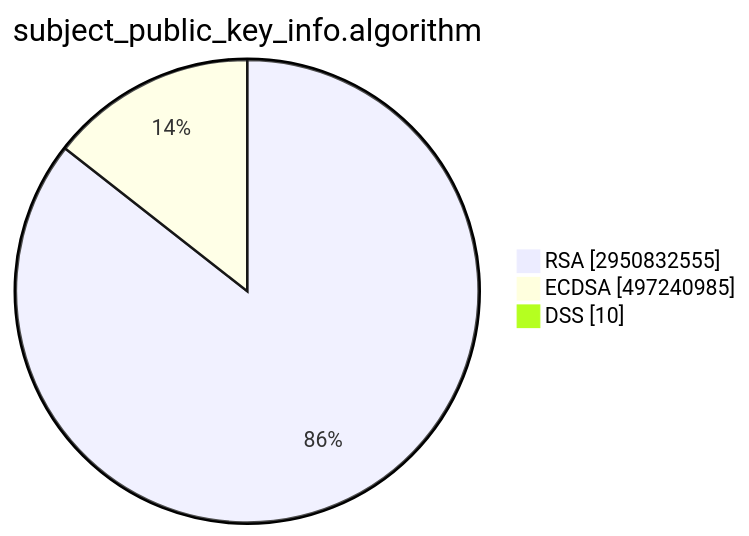
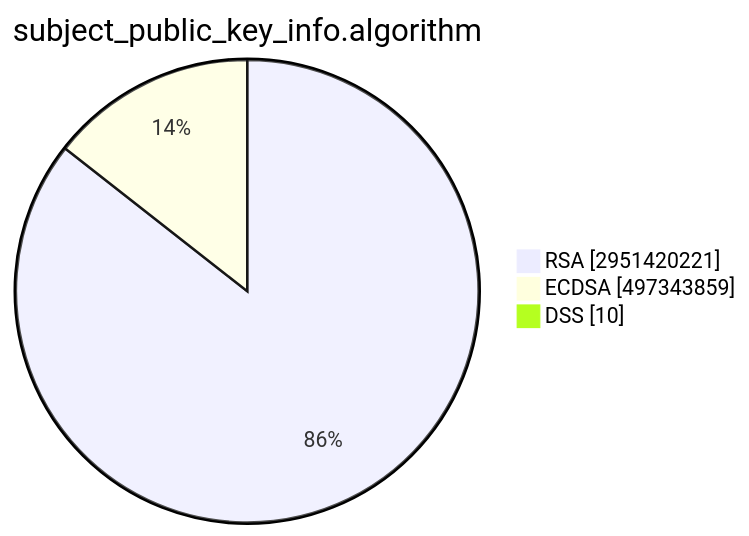
The second of 15 diagrams in TOTAL/README.md (christiankrug/ctmonitor_visualization), drawn with Mermaid before and after one commit. The commit also changed other lines of this file, not shown here.

````diff
--- a/TOTAL/README.md
+++ b/TOTAL/README.md
@@ -6,7 +6,7 @@
 ```mermaid
 pie showData
 title subject_public_key_info.algorithm
-"RSA" :2950832555
-"ECDSA" :497240985
+"RSA" :2951420221
+"ECDSA" :497343859
 "DSS" :10
 ```
````
